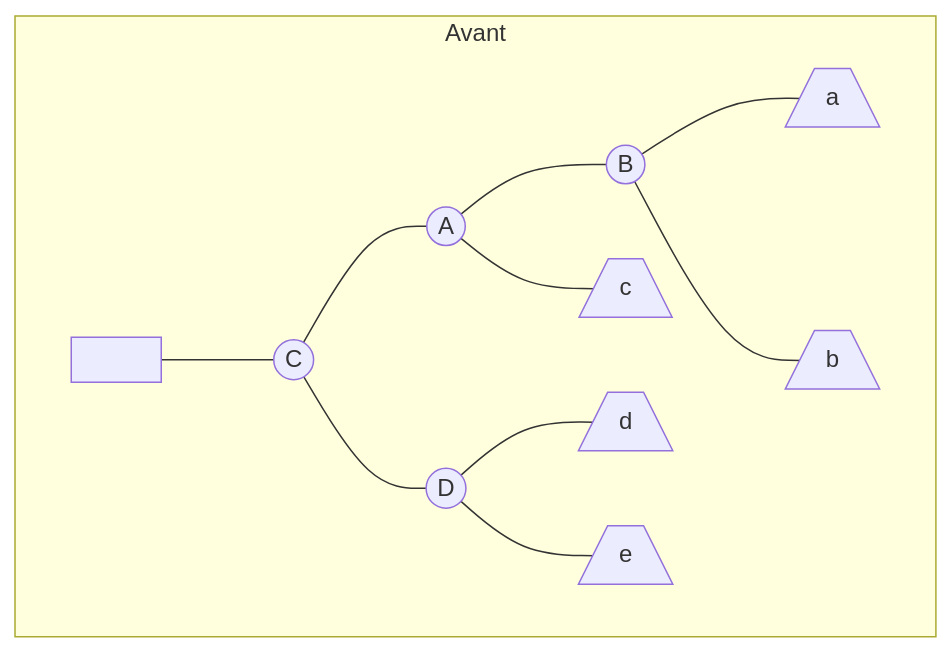
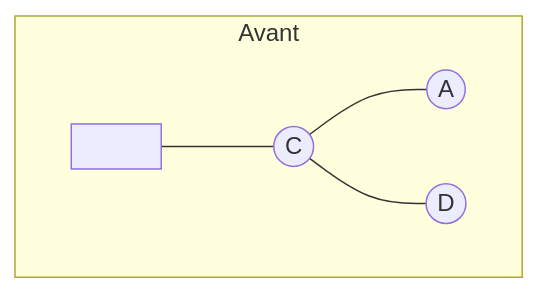
One commit to Kechidi/TP1 changed the fourth of 4 diagrams in cours/black-red-trees.md. Above: the diagram before and after it, drawn with Mermaid.

Commit message:
Debug fig

````diff
--- a/cours/black-red-trees.md
+++ b/cours/black-red-trees.md
@@ -219,10 +219,6 @@
 ```mermaid
 flowchart TD
   subgraph 0[Avant]
-    R1[" "] --- C1
-    C1((C)) --- A1((A)) & D1((D))
-    A1 --- B1(("B")) & c1[/c\]
-    B1 --- a1[/a\] & b1[/b\]
-    D1 --- d1[/d\] & e1[/e\]
+    R1[" "] --- C1((C)) --- A1((A)) & D1((D))
   end
 ```
````
